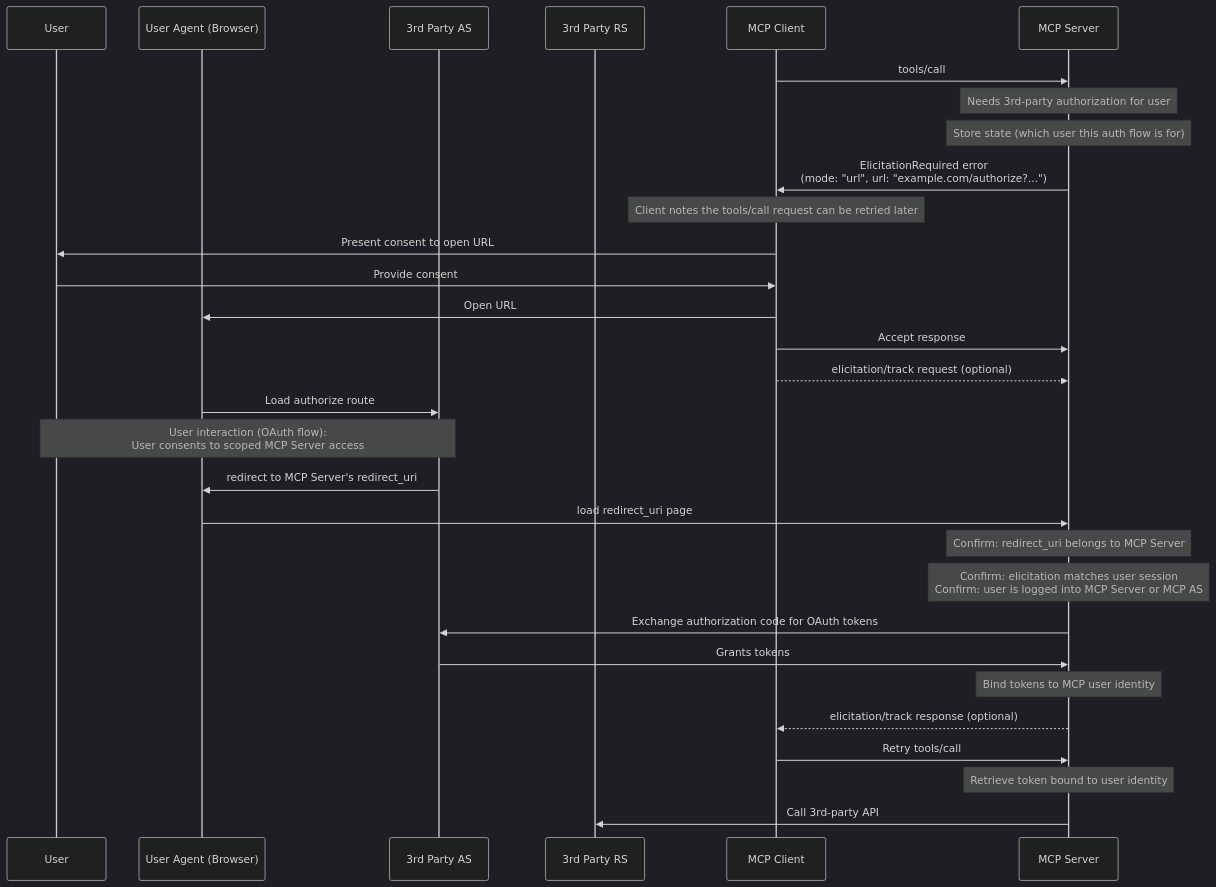
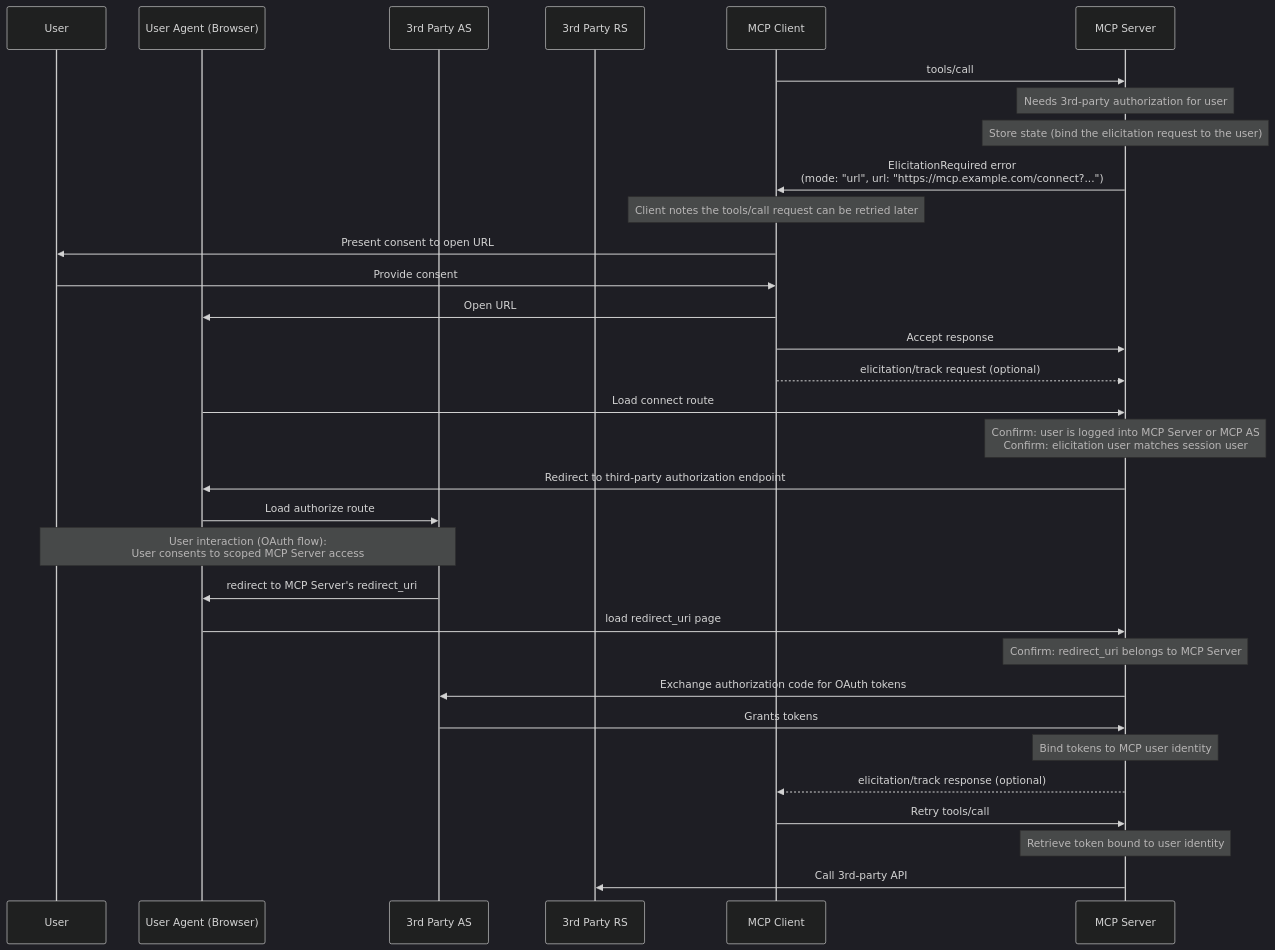
One commit to modelcontextprotocol/modelcontextprotocol changed the fourth of 4 diagrams in docs/specification/draft/client/elicitation.mdx. Above: the diagram before and after it, drawn with Mermaid (dark theme). The commit also changed other lines of this file, not shown here.

Commit message:
Add security consideration feedback for phishing flow around OAuth

````diff
--- a/docs/specification/draft/client/elicitation.mdx
+++ b/docs/specification/draft/client/elicitation.mdx
@@ -609,33 +612,35 @@
 ```mermaid
 sequenceDiagram
     participant User
     participant UserAgent as User Agent (Browser)
     participant 3AS as 3rd Party AS
     participant 3RS as 3rd Party RS
     participant Client as MCP Client
     participant Server as MCP Server
 
     Client->>Server: tools/call
     Note over Server: Needs 3rd-party authorization for user
-    Note over Server: Store state (which user this auth flow is for)
-    Server->>Client: ElicitationRequired error<br> (mode: "url", url: "example.com/authorize?...")
+    Note over Server: Store state (bind the elicitation request to the user)
+    Server->>Client: ElicitationRequired error<br> (mode: "url", url: "https://mcp.example.com/connect?...")
     Note over Client: Client notes the tools/call request can be retried later
     Client->>User: Present consent to open URL
     User->>Client: Provide consent
     Client->>UserAgent: Open URL
     Client->>Server: Accept response
     Client-->>Server: elicitation/track request (optional)
+    UserAgent->>Server: Load connect route
+    Note over Server: Confirm: user is logged into MCP Server or MCP AS<br>Confirm: elicitation user matches session user
+    Server->>UserAgent: Redirect to third-party authorization endpoint
     UserAgent->>3AS: Load authorize route
     Note over 3AS,User: User interaction (OAuth flow):<br>User consents to scoped MCP Server access
     3AS->>UserAgent: redirect to MCP Server's redirect_uri
     UserAgent->>Server: load redirect_uri page
     Note over Server: Confirm: redirect_uri belongs to MCP Server
-    Note over Server: Confirm: elicitation matches user session<br>Confirm: user is logged into MCP Server or MCP AS
     Server->>3AS: Exchange authorization code for  OAuth tokens
     3AS->>Server: Grants tokens
     Note over Server: Bind tokens to MCP user identity
     Server-->>Client: elicitation/track response (optional)
     Client->>Server: Retry tools/call
     Note over Server: Retrieve token bound to user identity
     Server->>3RS: Call 3rd-party API
 ```
````
